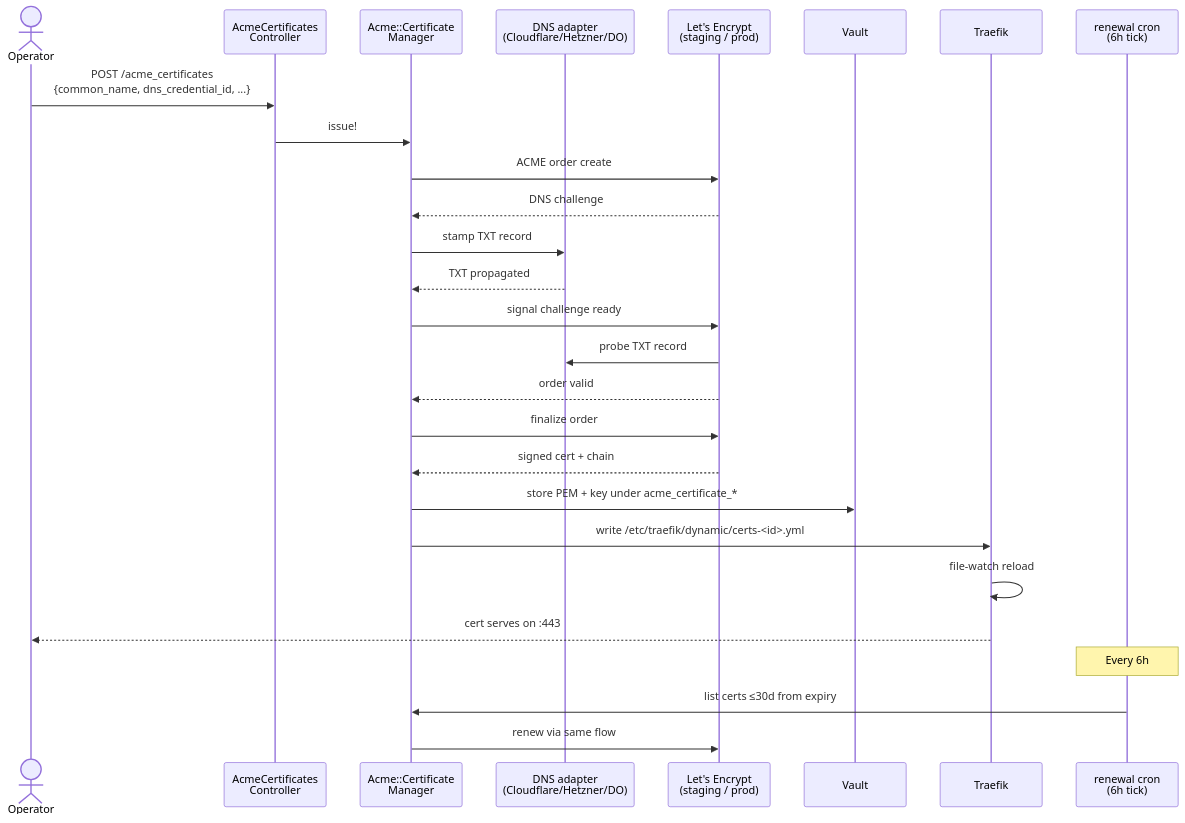
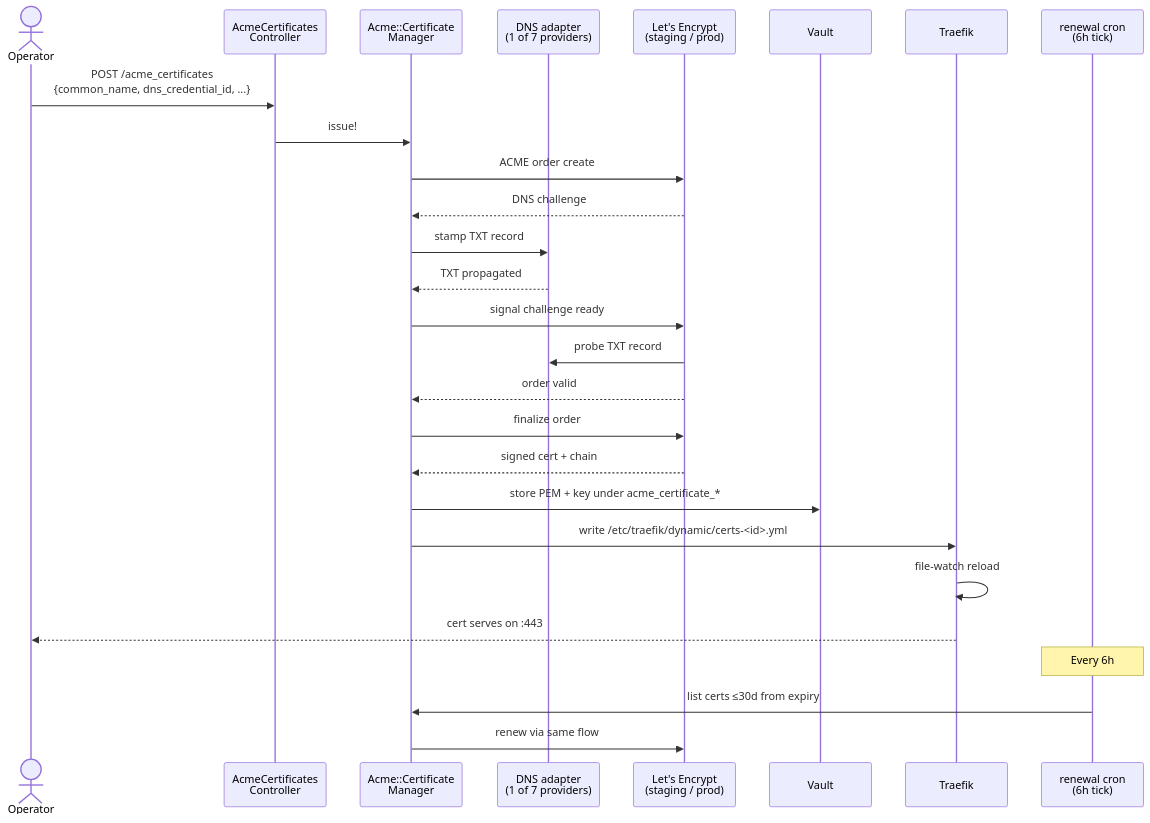
The first of 2 diagrams in docs/runbooks/acme-issuance.md (nodealchemy/powernode-system), drawn with Mermaid before and after one commit. The commit also changed other lines of this file and 63 other files, not shown here.

````diff
--- a/docs/runbooks/acme-issuance.md
+++ b/docs/runbooks/acme-issuance.md
@@ -32,31 +53,31 @@
 ```mermaid
 sequenceDiagram
     actor Op as Operator
     participant API as AcmeCertificates<br/>Controller
     participant Mgr as Acme::Certificate<br/>Manager
-    participant Provider as DNS adapter<br/>(Cloudflare/Hetzner/DO)
+    participant Provider as DNS adapter<br/>(1 of 7 providers)
     participant LE as Let's Encrypt<br/>(staging / prod)
     participant Vault
     participant Trf as Traefik
     participant Worker as renewal cron<br/>(6h tick)
 
     Op->>API: POST /acme_certificates<br/>{common_name, dns_credential_id, ...}
     API->>Mgr: issue!
     Mgr->>LE: ACME order create
     LE-->>Mgr: DNS challenge
     Mgr->>Provider: stamp TXT record
     Provider-->>Mgr: TXT propagated
     Mgr->>LE: signal challenge ready
     LE->>Provider: probe TXT record
     LE-->>Mgr: order valid
     Mgr->>LE: finalize order
     LE-->>Mgr: signed cert + chain
     Mgr->>Vault: store PEM + key under acme_certificate_*
     Mgr->>Trf: write /etc/traefik/dynamic/certs-<id>.yml
     Trf->>Trf: file-watch reload
     Trf-->>Op: cert serves on :443
 
     note over Worker: Every 6h
     Worker->>Mgr: list certs ≤30d from expiry
     Mgr->>LE: renew via same flow
 ```
````
